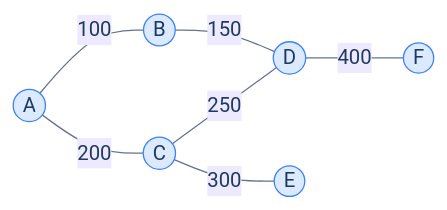
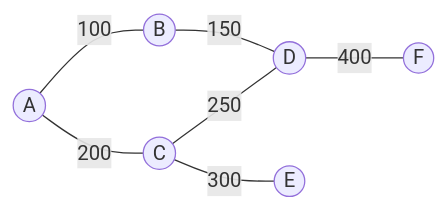
Before and after one commit to ani2fun/codefolio: the diagram in content/cortex/data-structures-and-algorithms/04-graphs/01-introduction-to-graphs.md, drawn with Mermaid. The commit also changed other lines of this file and 1049 other files, not shown here.

````diff
--- a/content/cortex/data-structures-and-algorithms/04-graphs/01-introduction-to-graphs.md
+++ b/content/cortex/data-structures-and-algorithms/04-graphs/01-introduction-to-graphs.md
@@ -222,20 +66,9 @@
 ```mermaid
----
-config:
-  theme: base
-  themeVariables:
-    primaryColor: "#dbeafe"
-    primaryBorderColor: "#3b82f6"
-    primaryTextColor: "#1e3a5f"
-    lineColor: "#64748b"
-    secondaryColor: "#ede9fe"
-    tertiaryColor: "#fef9c3"
----
 flowchart LR
-    A((A)) ---|"100"| B((B))
-    A ---|"200"| C((C))
-    B ---|"150"| D((D))
-    C ---|"250"| D
-    C ---|"300"| E((E))
-    D ---|"400"| F((F))
+    A((A)) ---|100| B((B))
+    A ---|200| C((C))
+    B ---|150| D((D))
+    C ---|250| D
+    C ---|300| E((E))
+    D ---|400| F((F))
 ```
````
